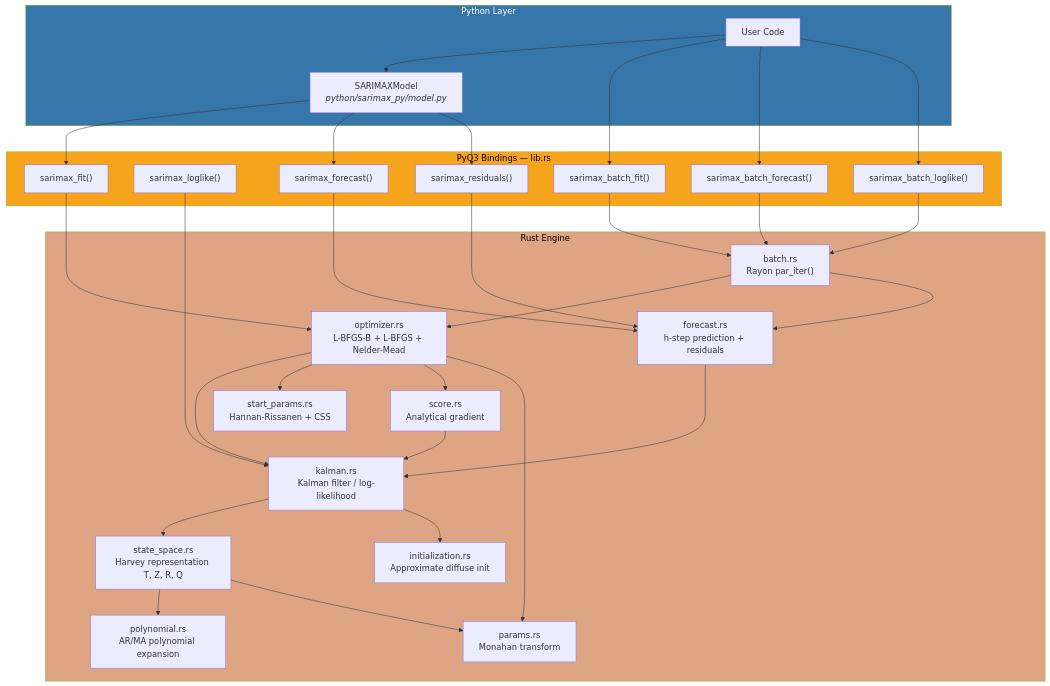
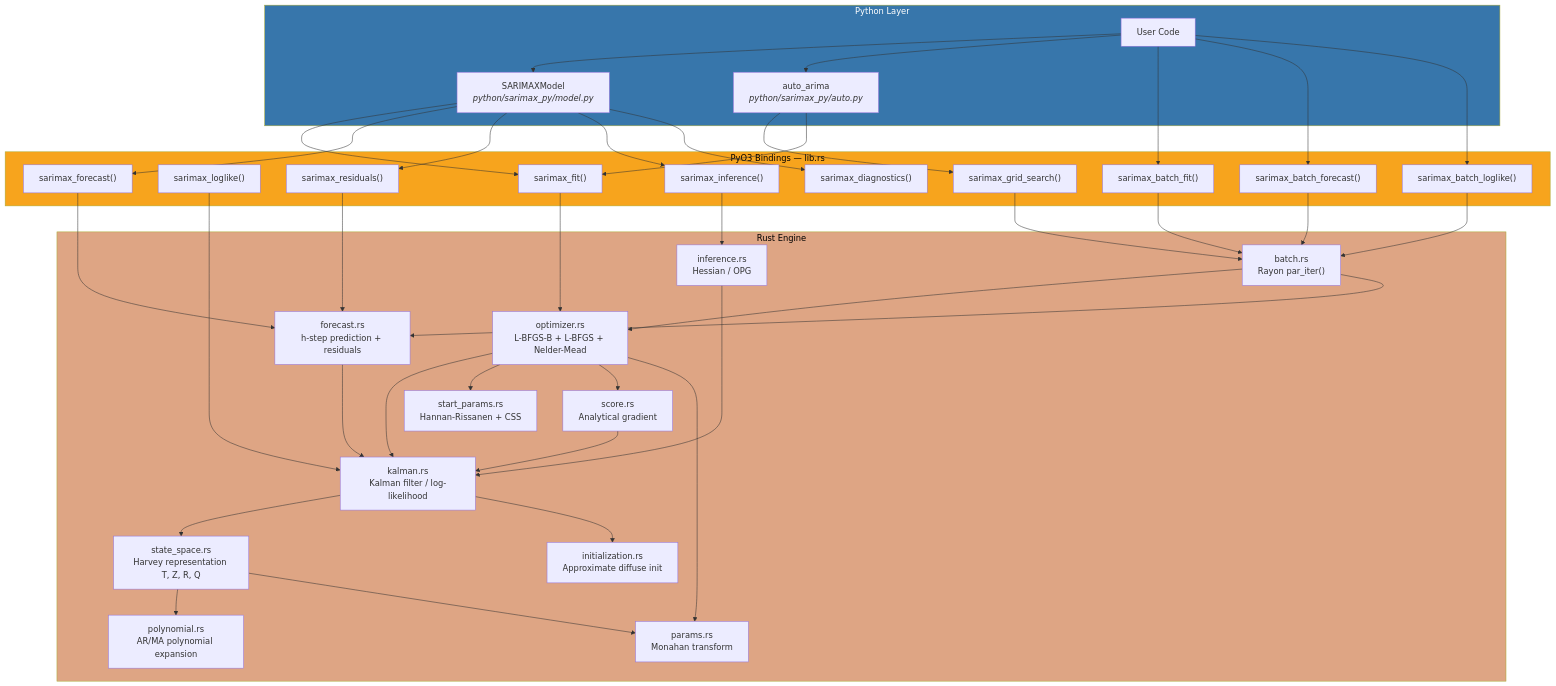
One commit to zongseung/Rust-python-arima changed the first of 5 diagrams in README.md. Above: the diagram before and after it, drawn with Mermaid. The commit also changed other lines of this file, not shown here.

````diff
--- a/README.md
+++ b/README.md
@@ -161,63 +229,76 @@
 ```mermaid
 graph TB
     subgraph Python["Python Layer"]
         USER["User Code"]
         MODEL["SARIMAXModel<br/><i>python/sarimax_py/model.py</i>"]
+        AUTO["auto_arima<br/><i>python/sarimax_py/auto.py</i>"]
         USER --> MODEL
+        USER --> AUTO
     end
 
     subgraph PyO3["PyO3 Bindings — lib.rs"]
         FIT["sarimax_fit()"]
         LL["sarimax_loglike()"]
         FC["sarimax_forecast()"]
         RES["sarimax_residuals()"]
         BF["sarimax_batch_fit()"]
         BFC["sarimax_batch_forecast()"]
         BLL["sarimax_batch_loglike()"]
+        GS["sarimax_grid_search()"]
+        INF["sarimax_inference()"]
+        DIAG["sarimax_diagnostics()"]
     end
 
     MODEL --> FIT
     MODEL --> FC
     MODEL --> RES
+    MODEL --> INF
+    MODEL --> DIAG
+    AUTO --> GS
+    AUTO --> FIT
     USER --> BF
     USER --> BFC
     USER --> BLL
 
     subgraph Rust["Rust Engine"]
         OPT["optimizer.rs<br/>L-BFGS-B + L-BFGS + Nelder-Mead"]
         KAL["kalman.rs<br/>Kalman filter / log-likelihood"]
         FCAST["forecast.rs<br/>h-step prediction + residuals"]
         BATCH["batch.rs<br/>Rayon par_iter()"]
         SS["state_space.rs<br/>Harvey representation T, Z, R, Q"]
         INIT["initialization.rs<br/>Approximate diffuse init"]
         SP["start_params.rs<br/>Hannan-Rissanen + CSS"]
         POLY["polynomial.rs<br/>AR/MA polynomial expansion"]
         PAR["params.rs<br/>Monahan transform"]
         SCR["score.rs<br/>Analytical gradient"]
+        INFER["inference.rs<br/>Hessian / OPG"]
     end
 
     FIT --> OPT
     LL --> KAL
     FC --> FCAST
     RES --> FCAST
     BF --> BATCH
     BFC --> BATCH
     BLL --> BATCH
+    GS --> BATCH
+    INF --> INFER
 
     BATCH --> OPT
     BATCH --> FCAST
     OPT --> KAL
     OPT --> SP
     OPT --> SCR
     FCAST --> KAL
     KAL --> SS
     KAL --> INIT
     SS --> POLY
     SS --> PAR
     OPT --> PAR
     SCR --> KAL
+    INFER --> KAL
 
     style Python fill:#3776ab,color:#fff
     style PyO3 fill:#f7a41d,color:#000
     style Rust fill:#dea584,color:#000
 ```
````
